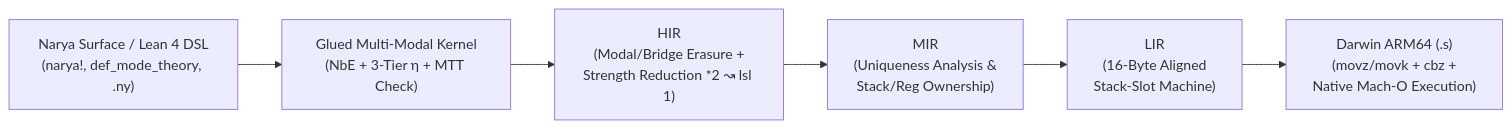
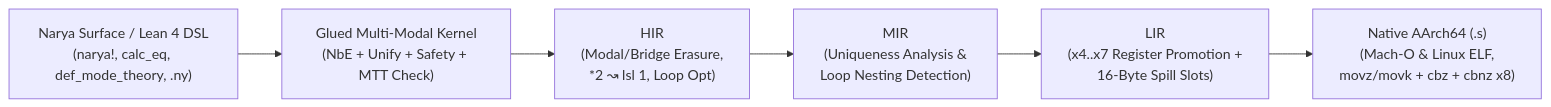
One commit to alok/narya-lean changed the diagram in README.md. Above: the diagram before and after it, drawn with Mermaid. The commit also changed other lines of this file and 10 other files, not shown here.

Commit message:
feat(compiler,ci): x4..x7 register promotion, cbnz x8 hardware loops & Linux/Darwin AArch64 CI (Open Problem H)

````diff
--- a/README.md
+++ b/README.md
@@ -28,8 +28,8 @@
 ```mermaid
 flowchart LR
-    A["Narya Surface / Lean 4 DSL\n(narya!, def_mode_theory, .ny)"] --> B["Glued Multi-Modal Kernel\n(NbE + 3-Tier η + MTT Check)"]
-    B --> C["HIR\n(Modal/Bridge Erasure +\nStrength Reduction *2 ↝ lsl 1)"]
-    C --> D["MIR\n(Uniqueness Analysis &\nStack/Reg Ownership)"]
-    D --> E["LIR\n(16-Byte Aligned\nStack-Slot Machine)"]
-    E --> F["Darwin ARM64 (.s)\n(movz/movk + cbz +\nNative Mach-O Execution)"]
+    A["Narya Surface / Lean 4 DSL\n(narya!, calc_eq, def_mode_theory, .ny)"] --> B["Glued Multi-Modal Kernel\n(NbE + Unify + Safety + MTT Check)"]
+    B --> C["HIR\n(Modal/Bridge Erasure,\n*2 ↝ lsl 1, Loop Opt)"]
+    C --> D["MIR\n(Uniqueness Analysis &\nLoop Nesting Detection)"]
+    D --> E["LIR\n(x4..x7 Register Promotion +\n16-Byte Spill Slots)"]
+    E --> F["Native AArch64 (.s)\n(Mach-O & Linux ELF,\nmovz/movk + cbz + cbnz x8)"]
 ```
````
